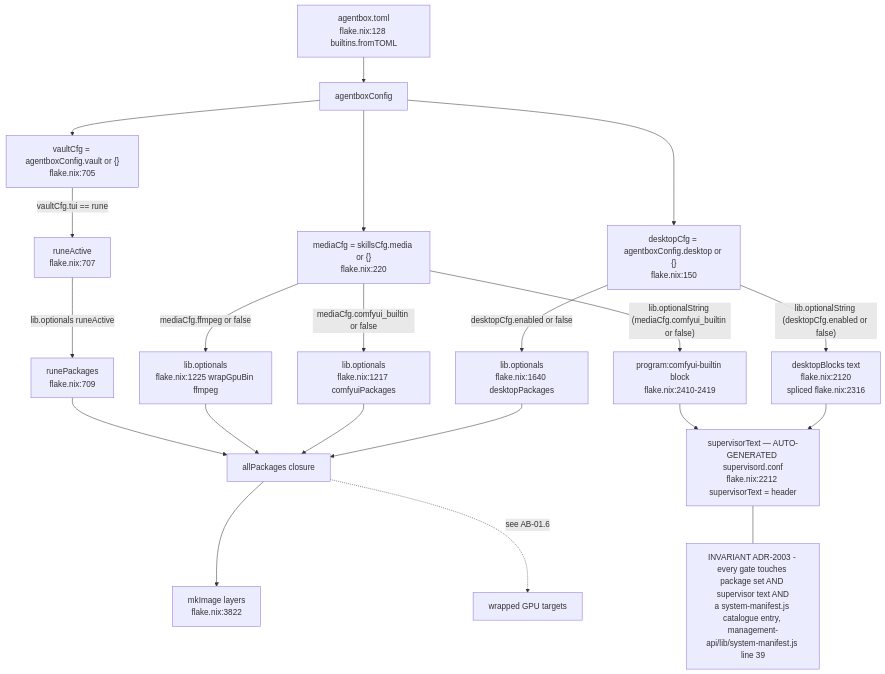
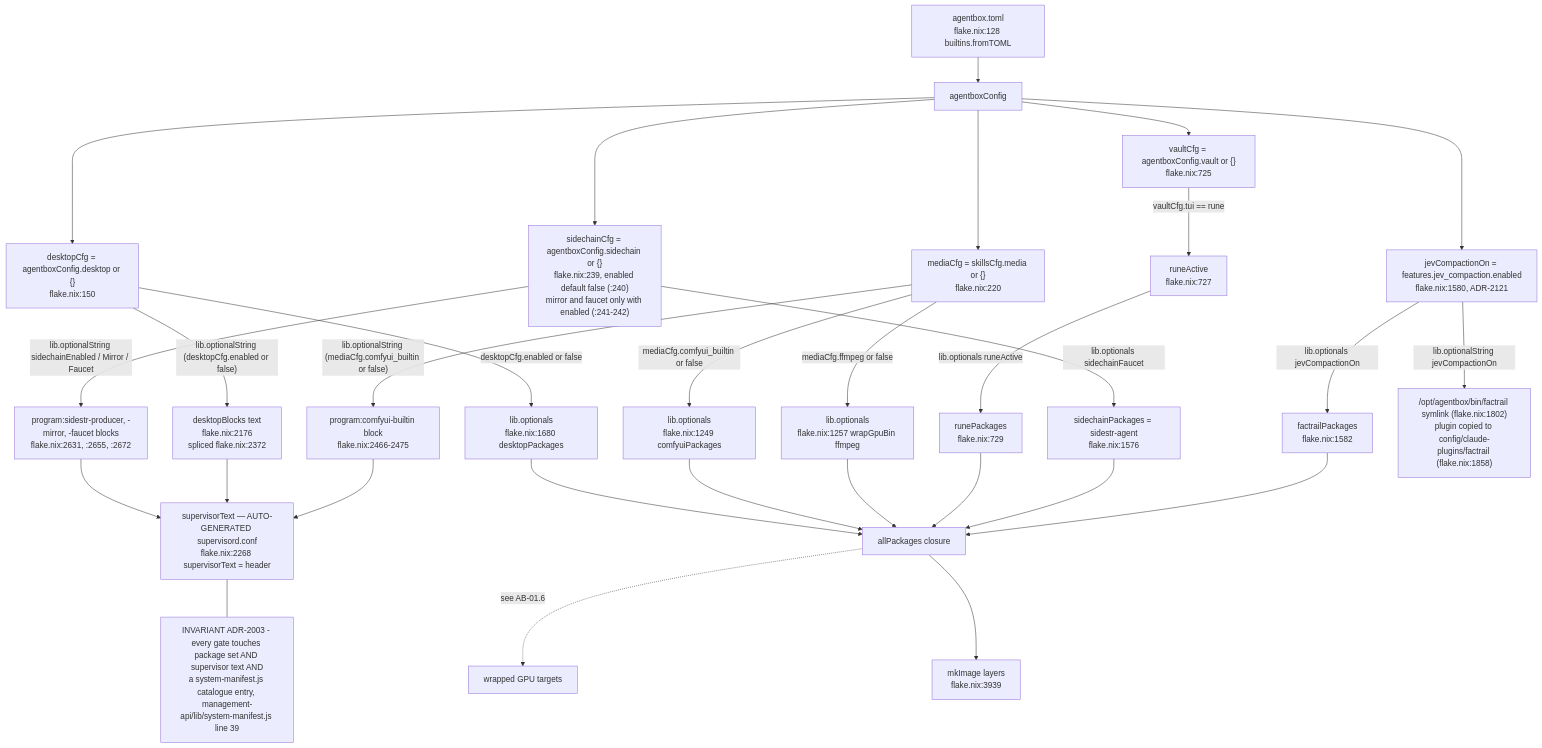
Before and after one commit to DreamLab-AI/VisionFlow: the first of 10 diagrams in docs/diagrams/agentbox/01-nix-flake-composition.md, drawn with Mermaid. The commit also changed other lines of this file and 94 other files, not shown here.

First line of the commit message:
docs(diagrams): re-verify 130 topics against 2 October HEADs

````diff
--- a/docs/diagrams/agentbox/01-nix-flake-composition.md
+++ b/docs/diagrams/agentbox/01-nix-flake-composition.md
@@ -30,30 +31,40 @@
 ```mermaid
 flowchart TB
     TOML["agentbox.toml<br/>flake.nix:128 builtins.fromTOML"] --> CFG["agentboxConfig"]
     CFG --> DESK["desktopCfg = agentboxConfig.desktop or {}<br/>flake.nix:150"]
     CFG --> MEDIA["mediaCfg = skillsCfg.media or {}<br/>flake.nix:220"]
-    CFG --> VAULT["vaultCfg = agentboxConfig.vault or {}<br/>flake.nix:705"]
+    CFG --> VAULT["vaultCfg = agentboxConfig.vault or {}<br/>flake.nix:725"]
 
-    DESK -->|"desktopCfg.enabled or false"| DESKOPT["lib.optionals<br/>flake.nix:1640 desktopPackages"]
-    MEDIA -->|"mediaCfg.comfyui_builtin or false"| COMFYOPT["lib.optionals<br/>flake.nix:1217 comfyuiPackages"]
-    MEDIA -->|"mediaCfg.ffmpeg or false"| FFOPT["lib.optionals<br/>flake.nix:1225 wrapGpuBin ffmpeg"]
-    VAULT -->|"vaultCfg.tui == rune"| RUNEOPT["runeActive<br/>flake.nix:707"]
+    DESK -->|"desktopCfg.enabled or false"| DESKOPT["lib.optionals<br/>flake.nix:1680 desktopPackages"]
+    MEDIA -->|"mediaCfg.comfyui_builtin or false"| COMFYOPT["lib.optionals<br/>flake.nix:1249 comfyuiPackages"]
+    MEDIA -->|"mediaCfg.ffmpeg or false"| FFOPT["lib.optionals<br/>flake.nix:1257 wrapGpuBin ffmpeg"]
+    VAULT -->|"vaultCfg.tui == rune"| RUNEOPT["runeActive<br/>flake.nix:727"]
 
     DESKOPT --> ALLPKG["allPackages closure"]
     COMFYOPT --> ALLPKG
     FFOPT --> ALLPKG
-    RUNEOPT -->|"lib.optionals runeActive"| RUNEPKG["runePackages<br/>flake.nix:709"]
+    RUNEOPT -->|"lib.optionals runeActive"| RUNEPKG["runePackages<br/>flake.nix:729"]
     RUNEPKG --> ALLPKG
 
-    DESK -->|"lib.optionalString (desktopCfg.enabled or false)"| DESKSUP["desktopBlocks text<br/>flake.nix:2120<br/>spliced flake.nix:2316"]
-    MEDIA -->|"lib.optionalString (mediaCfg.comfyui_builtin or false)"| COMFYSUP["program:comfyui-builtin block<br/>flake.nix:2410-2419"]
+    DESK -->|"lib.optionalString (desktopCfg.enabled or false)"| DESKSUP["desktopBlocks text<br/>flake.nix:2176<br/>spliced flake.nix:2372"]
+    MEDIA -->|"lib.optionalString (mediaCfg.comfyui_builtin or false)"| COMFYSUP["program:comfyui-builtin block<br/>flake.nix:2466-2475"]
 
-    DESKSUP --> SUPTEXT["supervisorText — AUTO-GENERATED supervisord.conf<br/>flake.nix:2212 supervisorText = header"]
+    CFG --> SIDE["sidechainCfg = agentboxConfig.sidechain or {}<br/>flake.nix:239, enabled default false (:240)<br/>mirror and faucet only with enabled (:241-242)"]
+    SIDE -->|"lib.optionals sidechainFaucet"| SIDEPKG["sidechainPackages = sidestr-agent<br/>flake.nix:1576"]
+    SIDEPKG --> ALLPKG
+    SIDE -->|"lib.optionalString sidechainEnabled / Mirror / Faucet"| SIDESUP["program:sidestr-producer, -mirror, -faucet blocks<br/>flake.nix:2631, :2655, :2672"]
+    SIDESUP --> SUPTEXT
+    CFG --> JEVON["jevCompactionOn = features.jev_compaction.enabled<br/>flake.nix:1580, ADR-2121"]
+    JEVON -->|"lib.optionals jevCompactionOn"| FRPKG["factrailPackages<br/>flake.nix:1582"]
+    FRPKG --> ALLPKG
+    JEVON -->|"lib.optionalString jevCompactionOn"| FRBAKE["/opt/agentbox/bin/factrail symlink (flake.nix:1802)<br/>plugin copied to config/claude-plugins/factrail (flake.nix:1858)"]
+
+    DESKSUP --> SUPTEXT["supervisorText — AUTO-GENERATED supervisord.conf<br/>flake.nix:2268 supervisorText = header"]
     COMFYSUP --> SUPTEXT
-    ALLPKG --> MKIMAGE["mkImage layers<br/>flake.nix:3822"]
+    ALLPKG --> MKIMAGE["mkImage layers<br/>flake.nix:3939"]
 
     ALLPKG -.->|"see AB-01.6"| WRAPTGT["wrapped GPU targets"]
 
     note1["INVARIANT ADR-2003 - every gate touches package set AND supervisor text AND<br/>a system-manifest.js catalogue entry, management-api/lib/system-manifest.js line 39"]
     SUPTEXT --- note1
 ```
````
